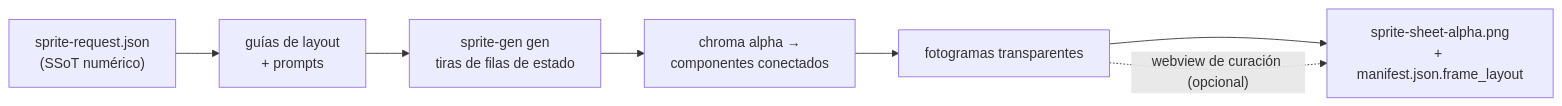
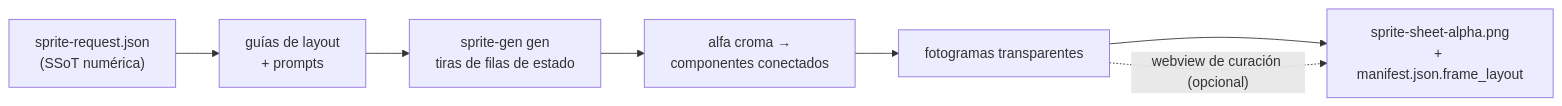
The diagram in README.es.md (aldegad/sprite-gen), drawn with Mermaid before and after one commit. The commit also changed other lines of this file and 6 other files, not shown here.

````diff
--- a/README.es.md
+++ b/README.es.md
@@ -35,9 +35,9 @@
 ```mermaid
 flowchart LR
-    REQ["sprite-request.json<br/>(SSoT numérico)"] --> GUIDES["guías de layout<br/>+ prompts"]
+    REQ["sprite-request.json<br/>(SSoT numérica)"] --> GUIDES["guías de layout<br/>+ prompts"]
     GUIDES --> GEN["sprite-gen gen<br/>tiras de filas de estado"]
-    GEN --> EXTRACT["chroma alpha →<br/>componentes conectados"]
+    GEN --> EXTRACT["alfa croma →<br/>componentes conectados"]
     EXTRACT --> FRAMES["fotogramas transparentes"]
     FRAMES --> ATLAS["sprite-sheet-alpha.png<br/>+ manifest.json.frame_layout"]
     FRAMES -. "webview de curación (opcional)" .-> ATLAS
 ```
````
